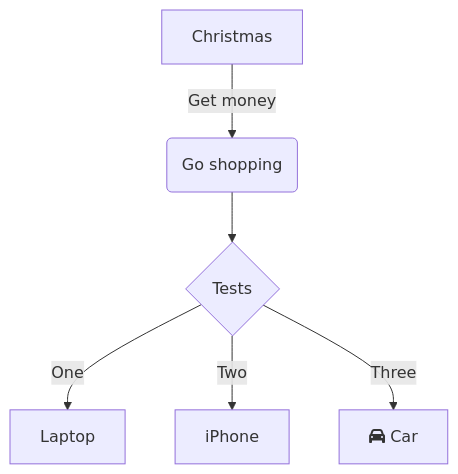
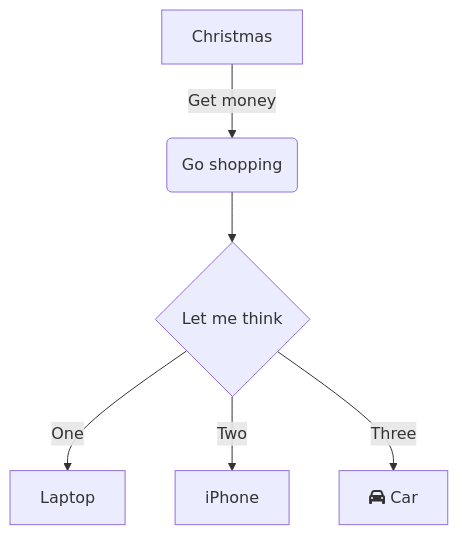
One commit to Noaozer/NoaRepo changed the diagram in .swm/tests.mvbu6.sw.md. Above: the diagram before and after it, drawn with Mermaid. The commit also changed other lines of this file, not shown here.

Commit message:
docs(swimm): update doc: "tests"

````diff
--- a/.swm/tests.mvbu6.sw.md
+++ b/.swm/tests.mvbu6.sw.md
@@ -9,10 +9,10 @@
 ```mermaid
 graph TD
 A[Christmas] -->|Get money| B(Go shopping)
-B --> C{Tests}
+B --> C{Let me think}
 C -->|One| D[Laptop]
 C -->|Two| E[iPhone]
 C -->|Three| F[fa:fa-car Car]
 
 
 ```
````
